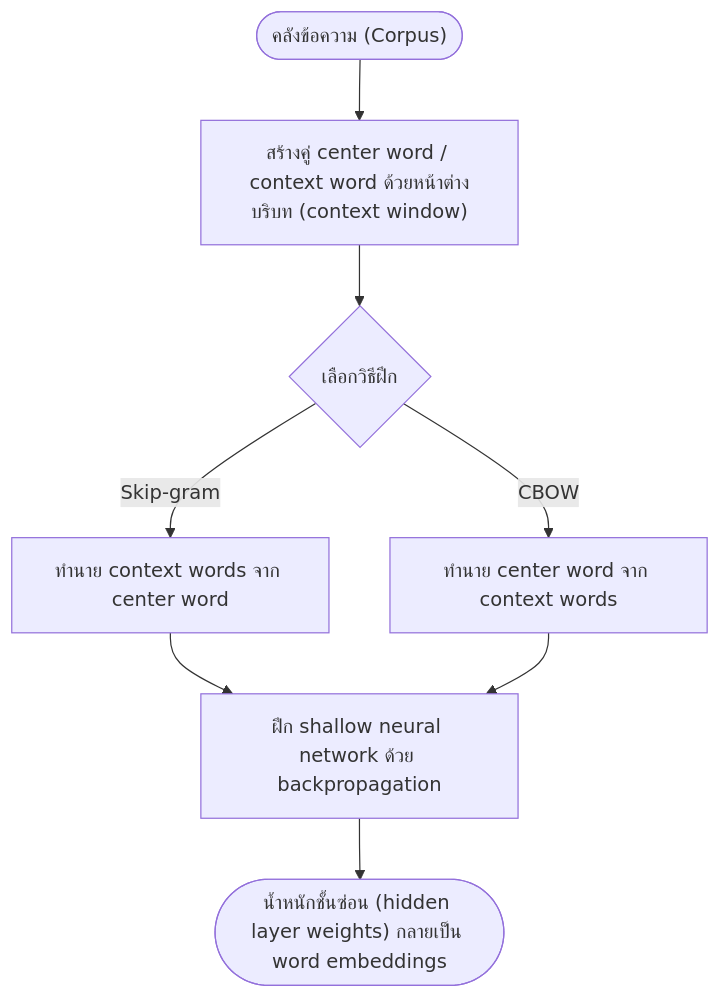
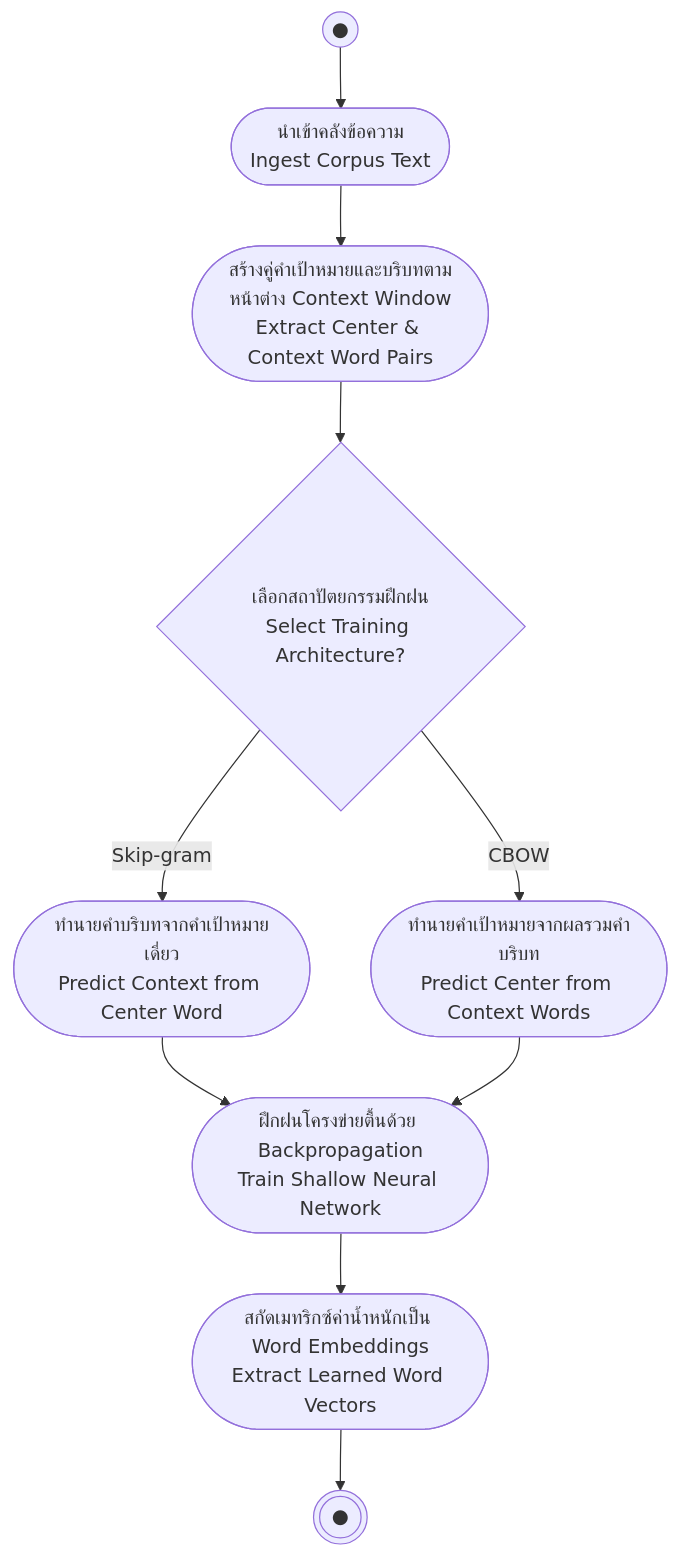
The diagram in 01_Lectures/Week4/Word-Embeddings.md (PhuriphatTyPeZ3r0/Course-1323404-Natural-Language-Processing-2026), drawn with Mermaid before and after one commit. The commit also changed 14 other files, not shown here.

Commit message:
refactor: standardize diagrams to UML specifications across notes and templates

````diff
--- a/01_Lectures/Week4/Word-Embeddings.md
+++ b/01_Lectures/Week4/Word-Embeddings.md
@@ -75,10 +75,12 @@
 ```mermaid
 flowchart TD
-    Start(["คลังข้อความ (Corpus)"]) --> Pairs["สร้างคู่ center word / context word ด้วยหน้าต่างบริบท (context window)"]
-    Pairs --> Choose{"เลือกวิธีฝึก"}
-    Choose -->|"Skip-gram"| SG["ทำนาย context words จาก center word"]
-    Choose -->|"CBOW"| CB["ทำนาย center word จาก context words"]
-    SG --> Train["ฝึก shallow neural network ด้วย backpropagation"]
+    Start((●)) --> Corpus([นำเข้าคลังข้อความ<br>Ingest Corpus Text])
+    Corpus --> Pairs([สร้างคู่คำเป้าหมายและบริบทตามหน้าต่าง Context Window<br>Extract Center & Context Word Pairs])
+    Pairs --> Choose{เลือกสถาปัตยกรรมฝึกฝน<br>Select Training Architecture?}
+    Choose -->|Skip-gram| SG([ทำนายคำบริบทจากคำเป้าหมายเดี่ยว<br>Predict Context from Center Word])
+    Choose -->|CBOW| CB([ทำนายคำเป้าหมายจากผลรวมคำบริบท<br>Predict Center from Context Words])
+    SG --> Train([ฝึกฝนโครงข่ายตื้นด้วย Backpropagation<br>Train Shallow Neural Network])
     CB --> Train
-    Train --> Done(["น้ำหนักชั้นซ่อน (hidden layer weights) กลายเป็น word embeddings"])
+    Train --> Done([สกัดเมทริกซ์ค่าน้ำหนักเป็น Word Embeddings<br>Extract Learned Word Vectors])
+    Done --> EndNode(((●)))
 ```
````
